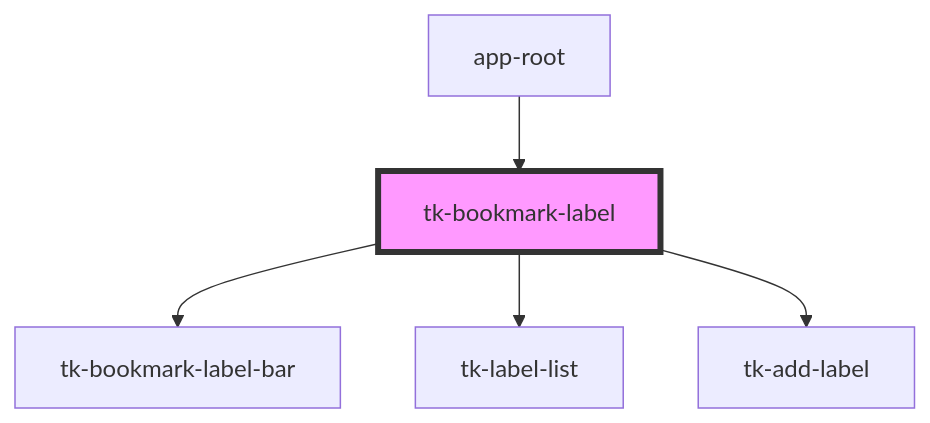
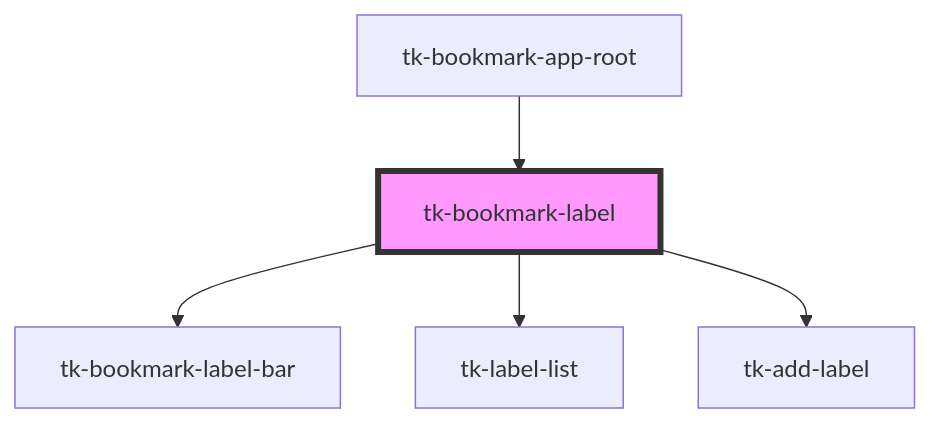
Before and after one commit to tomokat/tk-bookmark-app: the diagram in tk-bookmark/src/components/bookmark/tk-bookmark-label/readme.md, drawn with Mermaid. The commit also changed other lines of this file and 7 other files, not shown here.

Commit message:
renamed app-root to more specific

````diff
--- a/tk-bookmark/src/components/bookmark/tk-bookmark-label/readme.md
+++ b/tk-bookmark/src/components/bookmark/tk-bookmark-label/readme.md
@@ -21,8 +21,8 @@
 ```mermaid
 graph TD;
   tk-bookmark-label --> tk-bookmark-label-bar
   tk-bookmark-label --> tk-label-list
   tk-bookmark-label --> tk-add-label
-  app-root --> tk-bookmark-label
+  tk-bookmark-app-root --> tk-bookmark-label
   style tk-bookmark-label fill:#f9f,stroke:#333,stroke-width:4px
 ```
````
